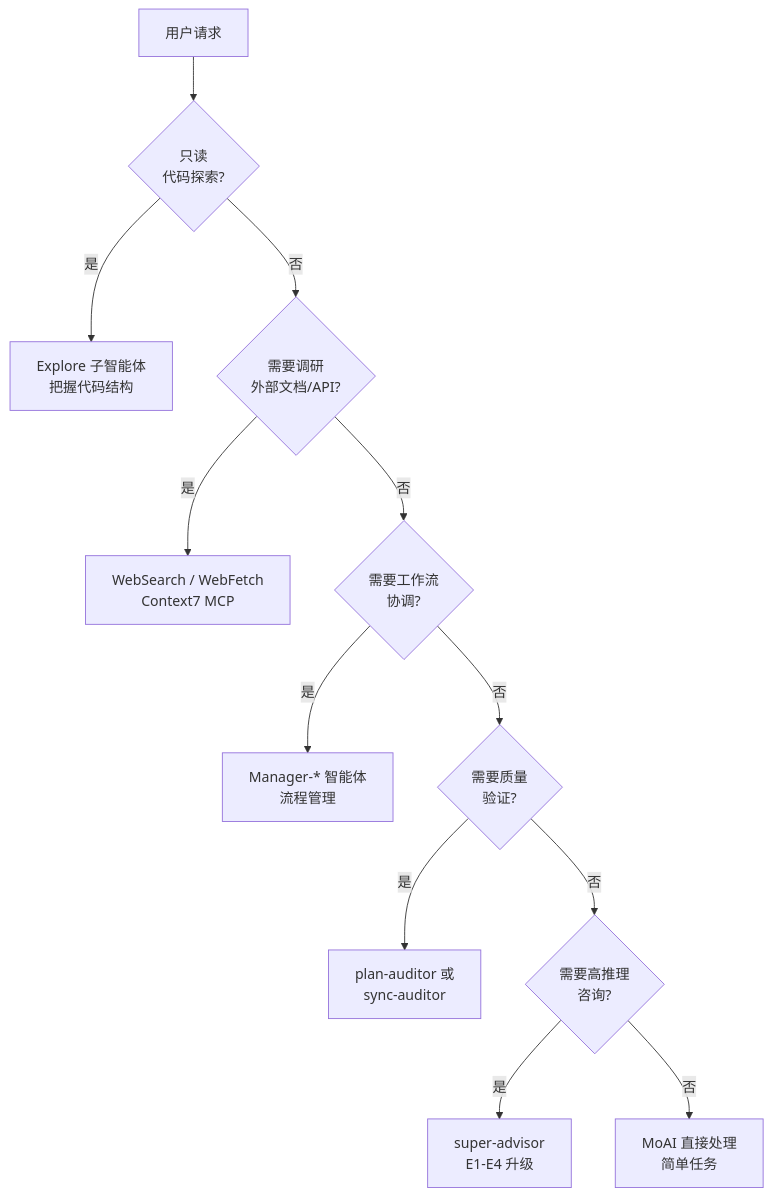
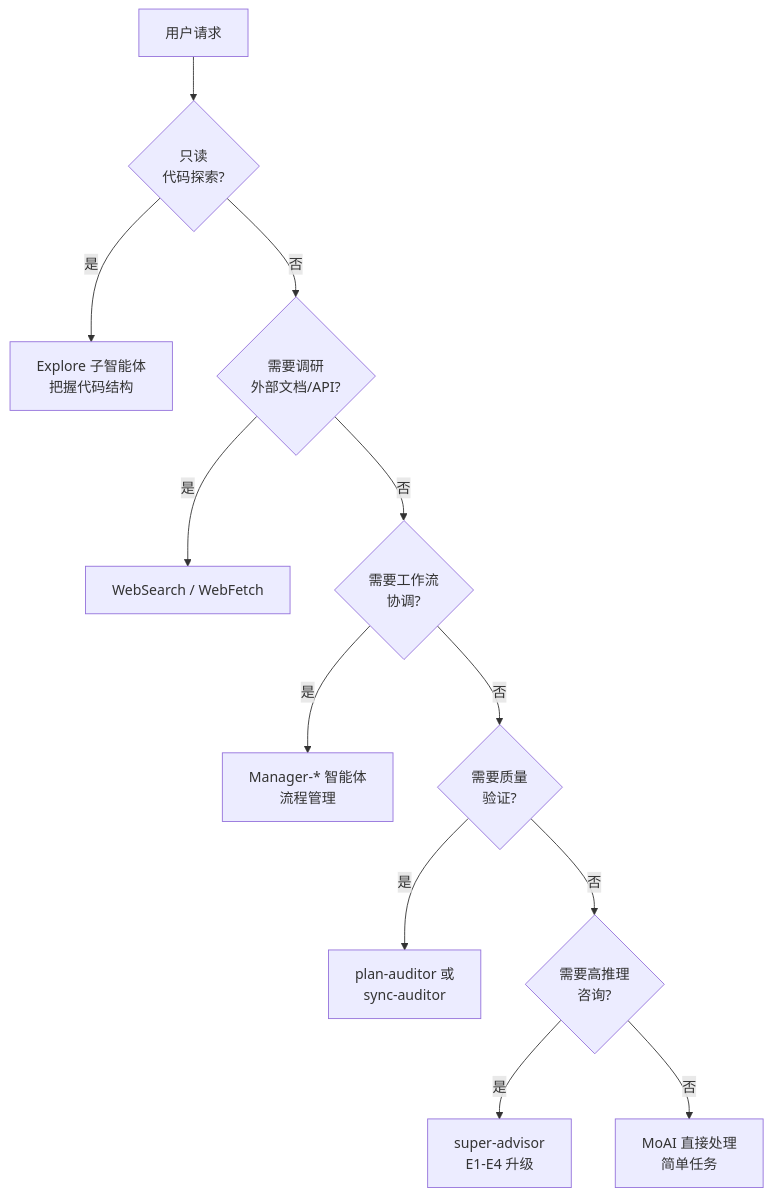
Before and after one commit to modu-ai/moai-adk: the diagram in docs-site/content/zh/advanced/agent-guide.md, drawn with Mermaid. The commit also changed 25 other files, not shown here.

````diff
--- a/docs-site/content/zh/advanced/agent-guide.md
+++ b/docs-site/content/zh/advanced/agent-guide.md
@@ -89,19 +89,19 @@
 ```mermaid
 flowchart TD
     START[用户请求] --> Q1{只读<br>代码探索?}
 
     Q1 -->|是| EXPLORE["Explore 子智能体<br>把握代码结构"]
     Q1 -->|否| Q2{需要调研<br>外部文档/API?}
 
-    Q2 -->|是| WEB["WebSearch / WebFetch<br>Context7 MCP"]
+    Q2 -->|是| WEB["WebSearch / WebFetch"]
     Q2 -->|否| Q3{需要工作流<br>协调?}
 
     Q3 -->|是| MANAGER["Manager-* 智能体<br>流程管理"]
     Q3 -->|否| Q4{需要质量<br>验证?}
 
     Q4 -->|是| EVAL["plan-auditor 或<br>sync-auditor"]
     Q4 -->|否| Q5{需要高推理<br>咨询?}
 
     Q5 -->|是| ADVISOR["super-advisor<br>E1-E4 升级"]
     Q5 -->|否| DIRECT["MoAI 直接处理<br>简单任务"]
 ```
````
